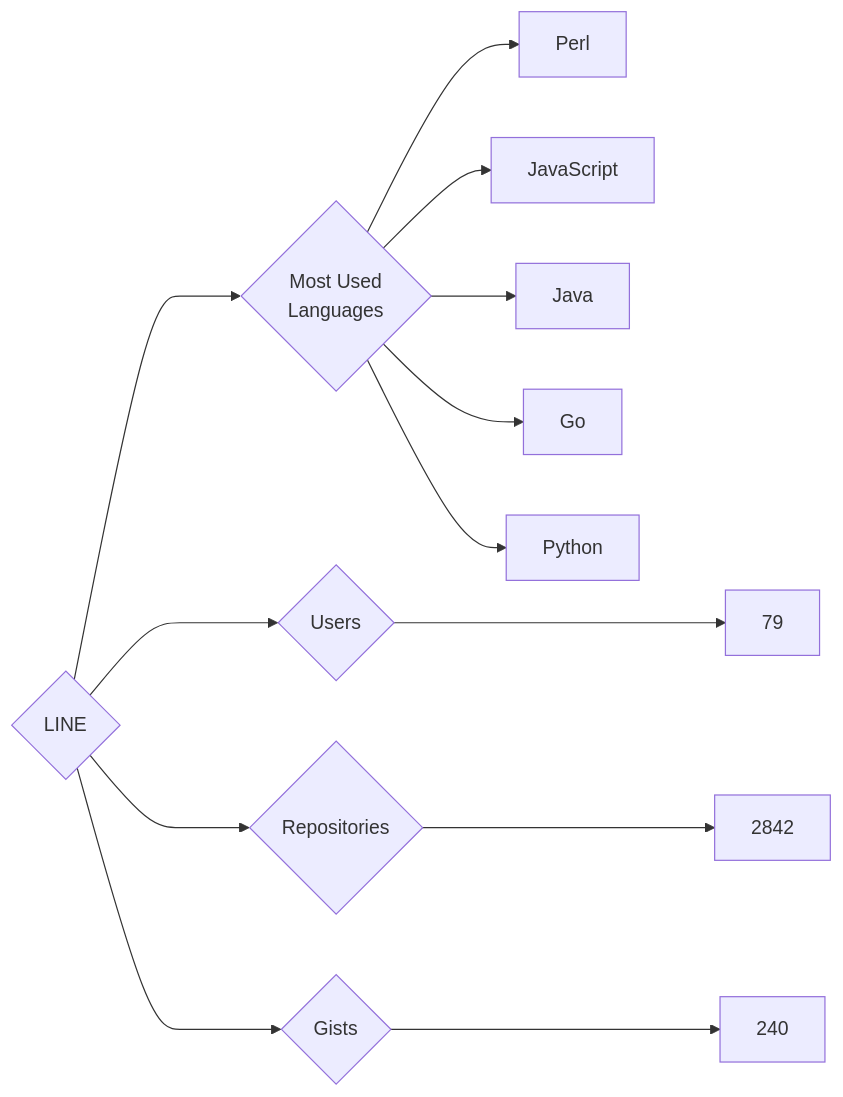
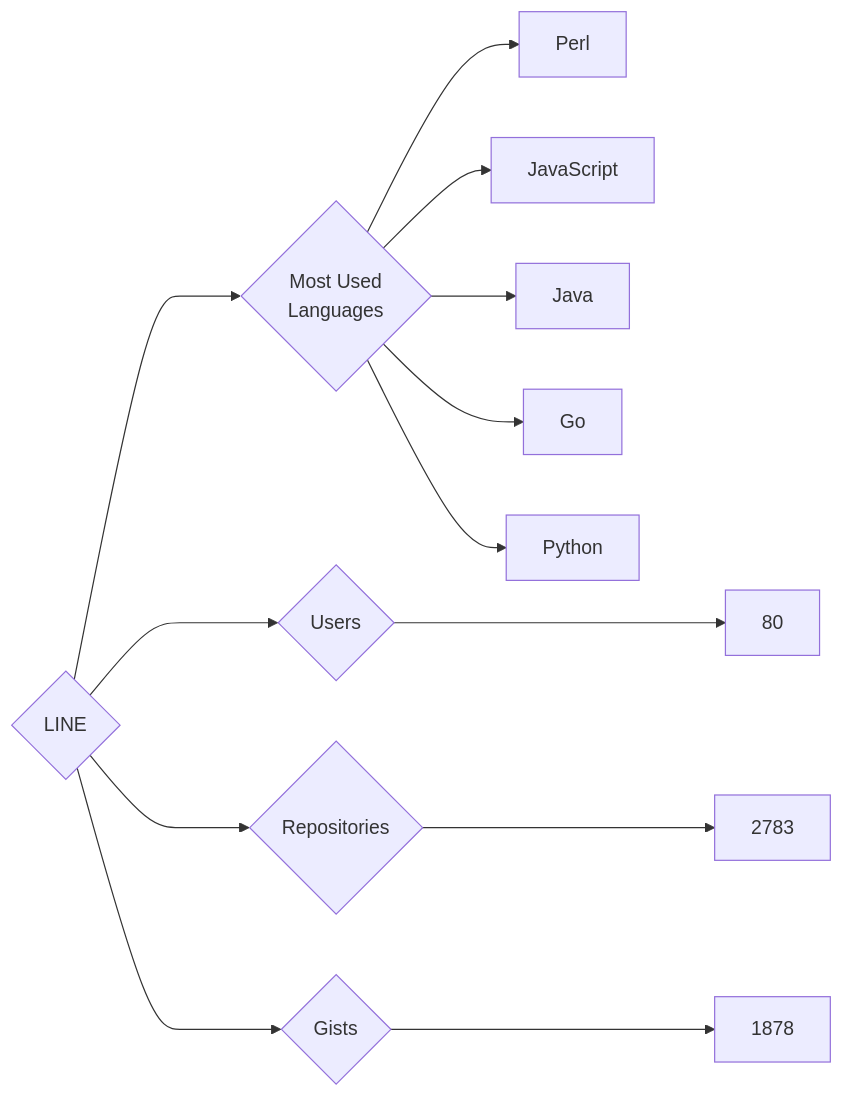
Before and after one commit to trickest/insiders: the diagram in targets/LINE/README.md, drawn with Mermaid. The commit also changed 777 other files, not shown here.

````diff
--- a/targets/LINE/README.md
+++ b/targets/LINE/README.md
@@ -3,13 +3,13 @@
 ```mermaid
 graph LR
 COMPANY_NAME{LINE}
-COMPANY_NAME ---> U{Users} ---> UN[79]
-COMPANY_NAME ---> R{Repositories} ---> RN[2842]
-COMPANY_NAME ---> G{Gists} ---> GN[240]
+COMPANY_NAME ---> U{Users} ---> UN[80]
+COMPANY_NAME ---> R{Repositories} ---> RN[2783]
+COMPANY_NAME ---> G{Gists} ---> GN[1878]
 COMPANY_NAME ---> ML{Most Used<br>Languages}
 ML --> Perl[Perl]
 ML --> JavaScript[JavaScript]
 ML --> Java[Java]
 ML --> Go[Go]
 ML --> Python[Python]
 ```
````
